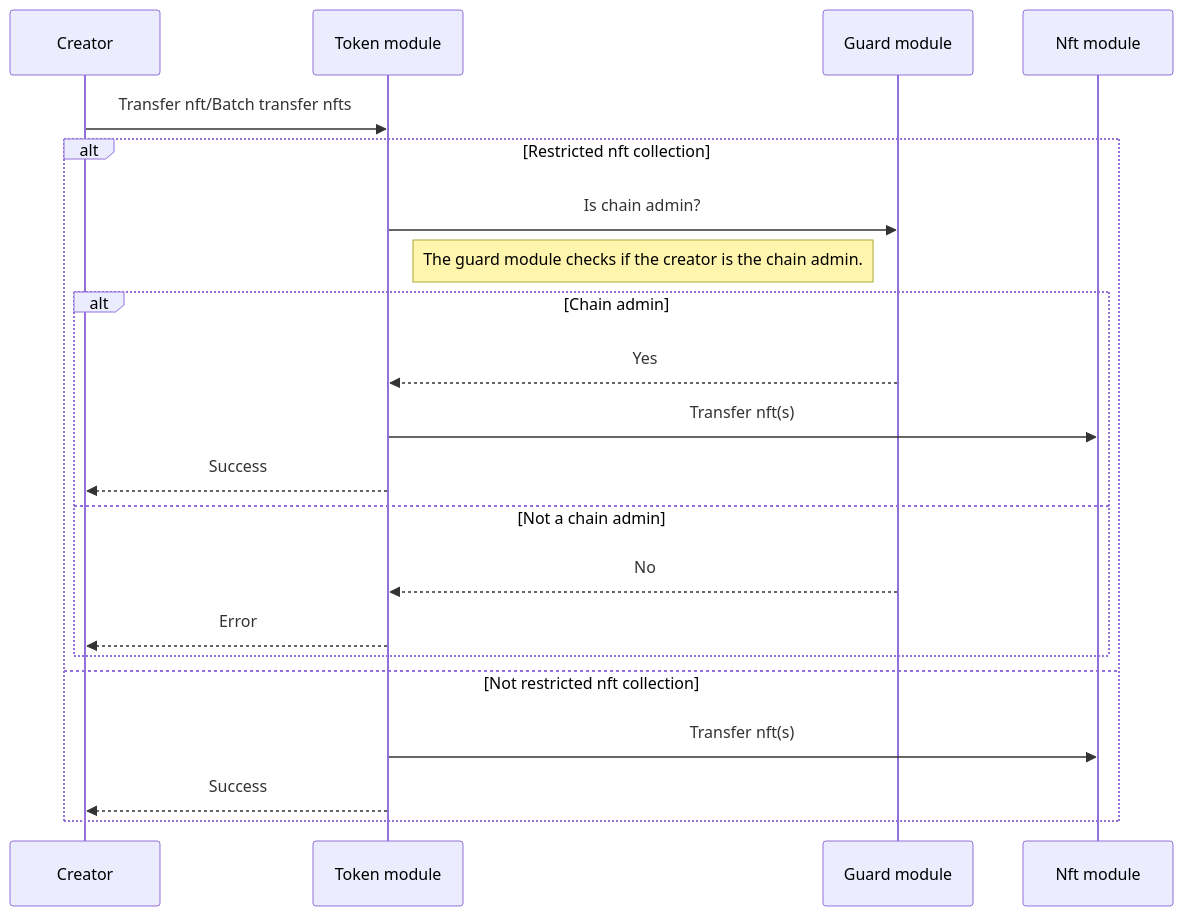
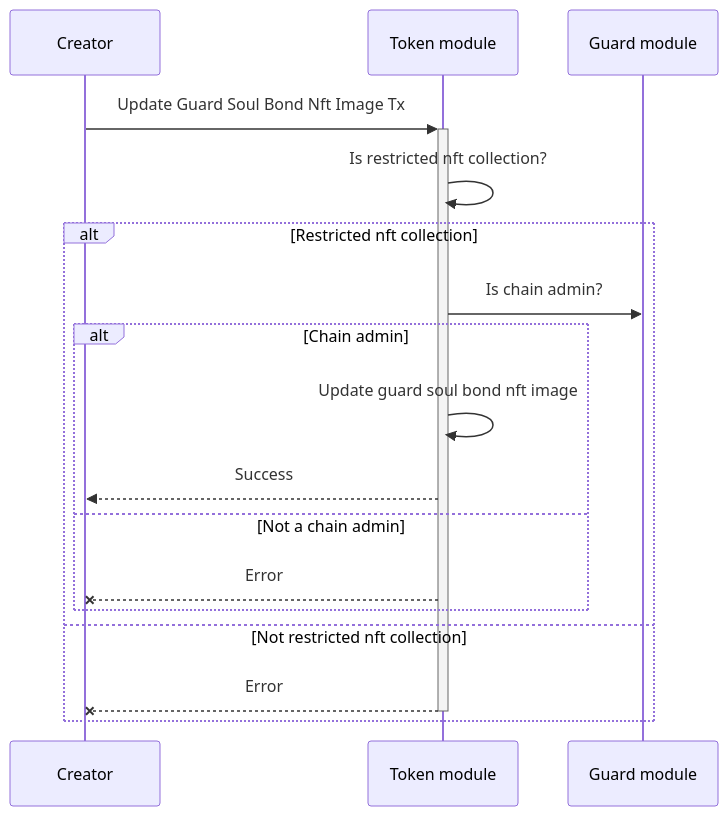
The seventh of 7 diagrams in x/token/spec/01_txs_flows.md (MANTRA-Chain/mantrachain), drawn with Mermaid before and after one commit. The commit also changed other lines of this file and 12 other files, not shown here.

Commit message:
docs: add update txs flows docs

````diff
--- a/x/token/spec/01_txs_flows.md
+++ b/x/token/spec/01_txs_flows.md
@@ -105,19 +155,16 @@
 ```mermaid
 sequenceDiagram
-Creator ->> Token module: Transfer nft/Batch transfer nfts
+Creator->>+Token module: Update Guard Soul Bond Nft Image Tx
+Token module->>Token module: Is restricted nft collection?
 alt Restricted nft collection
   Token module->>Guard module: Is chain admin?
-  Note left of Guard module: The guard module checks if the creator is the chain admin.
   alt Chain admin
-    Guard module-->> Token module: Yes
-  Token module->> Nft module: Transfer nft(s)
-    Token module-->> Creator: Success
+    Token module->>Token module: Update guard soul bond nft image
+    Token module-->>Creator: Success
   else Not a chain admin
-    Guard module-->> Token module: No
-    Token module-->> Creator: Error
+    Token module--xCreator: Error
   end
 else Not restricted nft collection
-  Token module->> Nft module: Transfer nft(s)
-  Token module-->> Creator: Success
+  Token module--x-Creator: Error
 end
 ```
````
